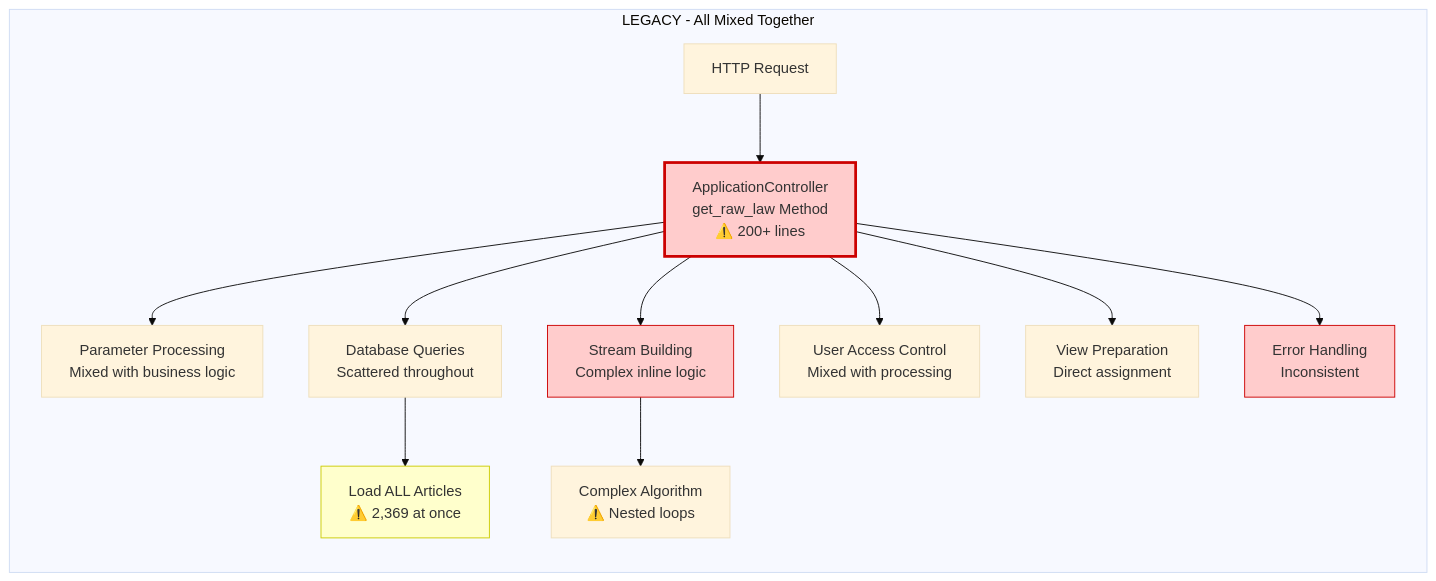
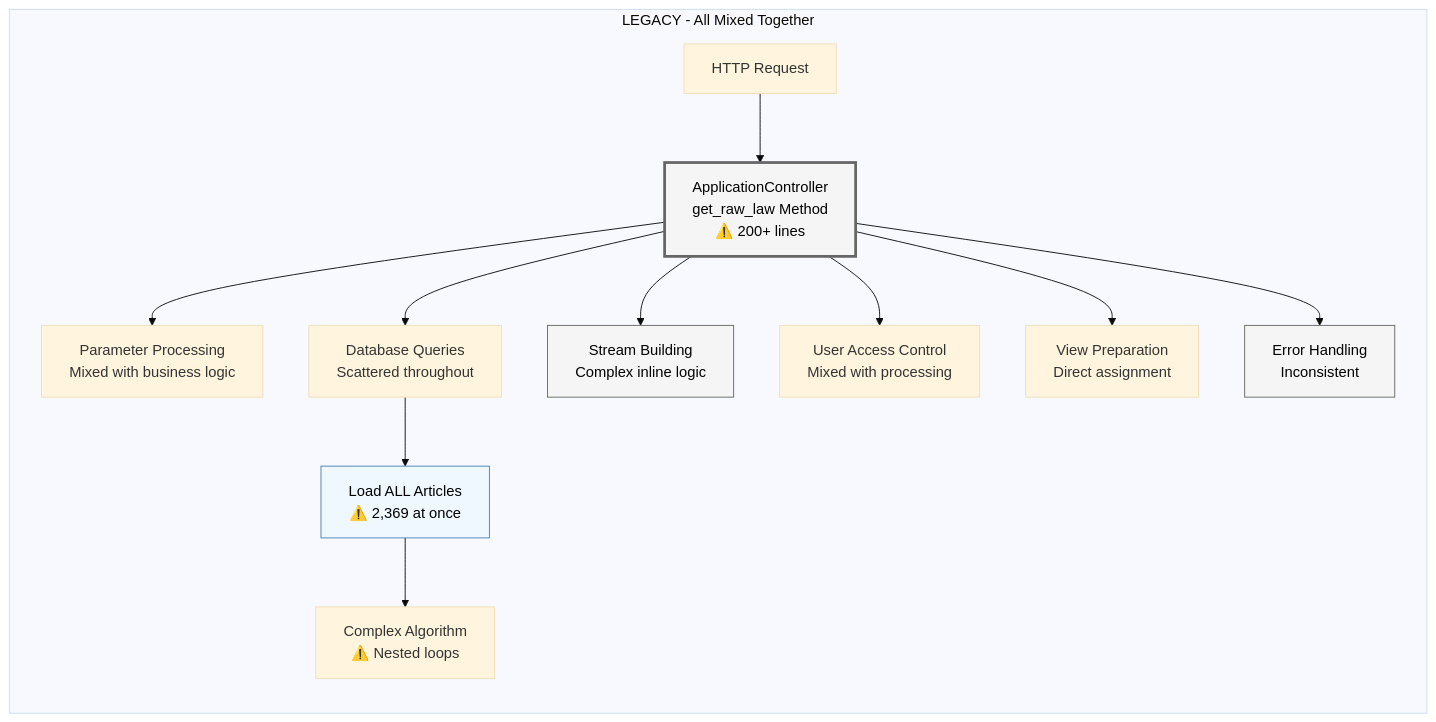
Before and after one commit to TodoLegal/TodoLegal: the third of 14 diagrams in docs/get_raw_law_refactor/LAW_DISPLAY_ARCHITECTURE_GUIDE.md, drawn with Mermaid (base theme). The commit also changed other lines of this file, not shown here.

````diff
--- a/docs/get_raw_law_refactor/LAW_DISPLAY_ARCHITECTURE_GUIDE.md
+++ b/docs/get_raw_law_refactor/LAW_DISPLAY_ARCHITECTURE_GUIDE.md
@@ -100,22 +100,22 @@
 ```mermaid
 graph TB
     subgraph "LEGACY - All Mixed Together"
         direction TB
         A[HTTP Request] --> B[ApplicationController<br/>get_raw_law Method<br/>⚠️ 200+ lines]
         
         B --> C[Parameter Processing<br/>Mixed with business logic]
         B --> D[Database Queries<br/>Scattered throughout]
         B --> E[Stream Building<br/>Complex inline logic]
         B --> F[User Access Control<br/>Mixed with processing]
         B --> G[View Preparation<br/>Direct assignment]
         B --> H[Error Handling<br/>Inconsistent]
         
         D --> I[Load ALL Articles<br/>⚠️ 2,369 at once]
-        E --> J[Complex Algorithm<br/>⚠️ Nested loops]
+        I --> J[Complex Algorithm<br/>⚠️ Nested loops]
         
-        style B fill:#ffcccc,stroke:#cc0000,stroke-width:3px
-        style E fill:#ffcccc,stroke:#cc0000
-        style H fill:#ffcccc,stroke:#cc0000
-        style I fill:#ffffcc,stroke:#cccc00
+        style B fill:#f5f5f5,stroke:#666666,stroke-width:3px,color:#000000
+        style E fill:#f5f5f5,stroke:#666666,color:#000000
+        style H fill:#f5f5f5,stroke:#666666,color:#000000
+        style I fill:#f0f8ff,stroke:#4682b4,color:#000000
     end
 ```
````
